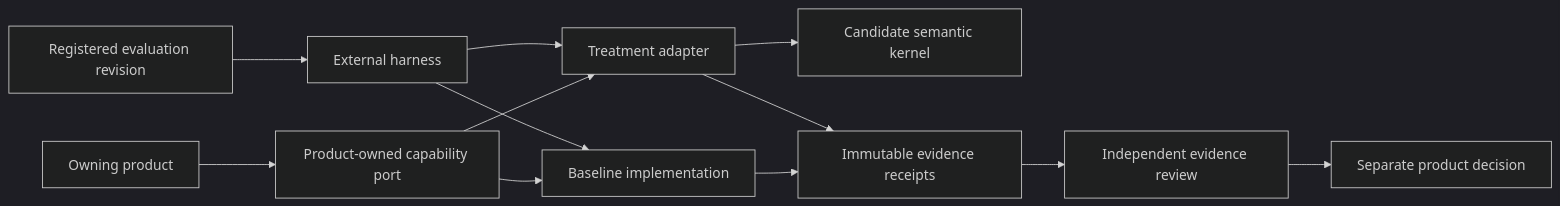
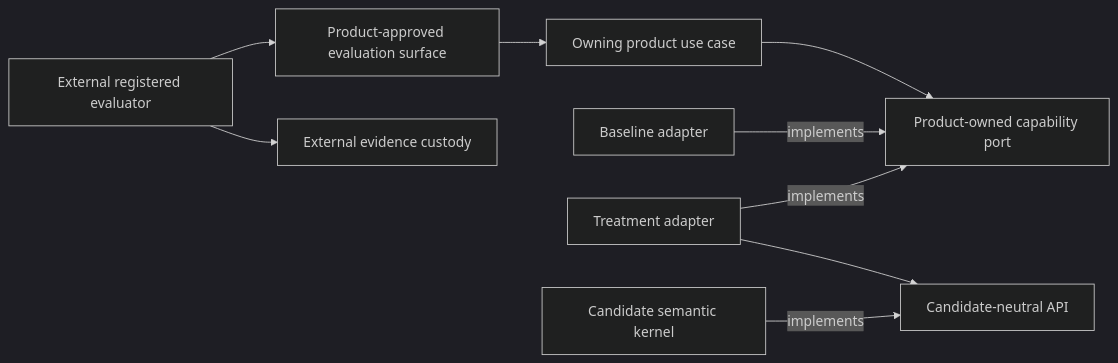
The first of 2 diagrams in docs/architecture/module-system-dogfooding.md (agent-teams-ai/extension-foundation), drawn with Mermaid (dark theme) before and after one commit. The commit also changed other lines of this file and 1 other file, not shown here.

Commit message:
docs(architecture): harden dogfooding evidence boundaries

````diff
--- a/docs/architecture/module-system-dogfooding.md
+++ b/docs/architecture/module-system-dogfooding.md
@@ -64,15 +70,12 @@
 ```mermaid
 flowchart LR
-    Product["Owning product"] --> Port["Product-owned capability port"]
-    Port --> Baseline["Baseline implementation"]
-    Port --> Treatment["Treatment adapter"]
-    Treatment --> Candidate["Candidate semantic kernel"]
+    Product["Owning product use case"] --> Port["Product-owned capability port"]
+    Baseline["Baseline adapter"] -- "implements" --> Port
+    Treatment["Treatment adapter"] -- "implements" --> Port
+    Treatment --> CandidateAPI["Candidate-neutral API"]
+    Candidate["Candidate semantic kernel"] -- "implements" --> CandidateAPI
 
-    Protocol["Registered evaluation revision"] --> Harness["External harness"]
-    Harness --> Baseline
-    Harness --> Treatment
-    Baseline --> Receipt["Immutable evidence receipts"]
-    Treatment --> Receipt
-    Receipt --> Review["Independent evidence review"]
-    Review --> ProductDecision["Separate product decision"]
+    Evaluation["External registered evaluator"] --> Surface["Product-approved evaluation surface"]
+    Surface --> Product
+    Evaluation --> Receipt["External evidence custody"]
 ```
````
